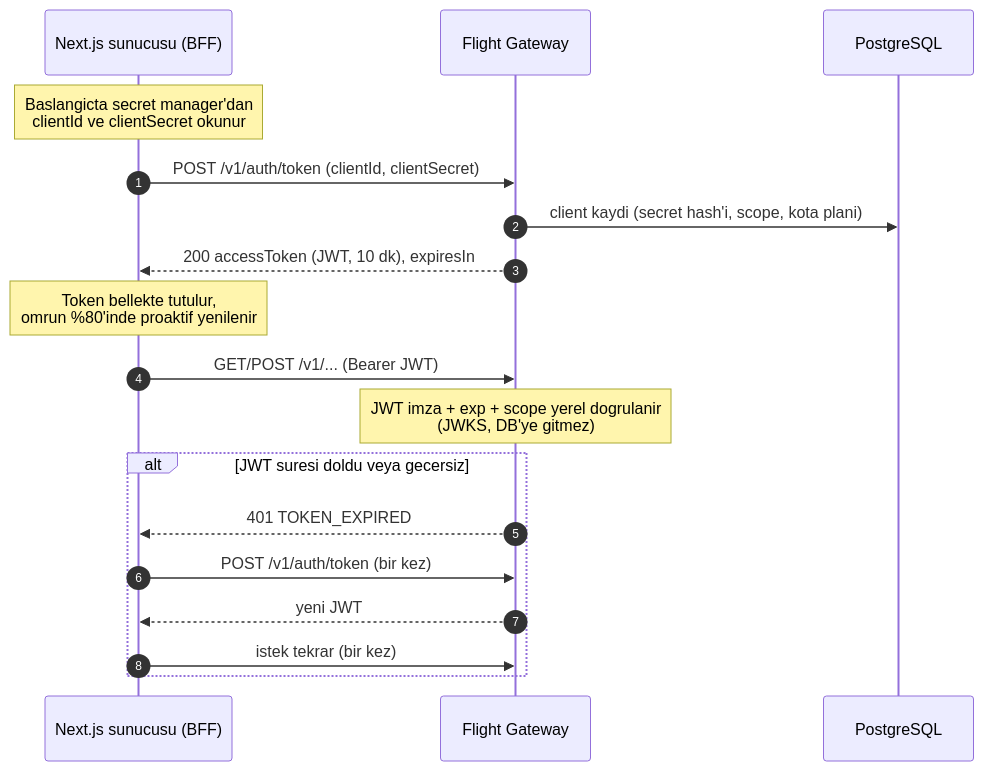
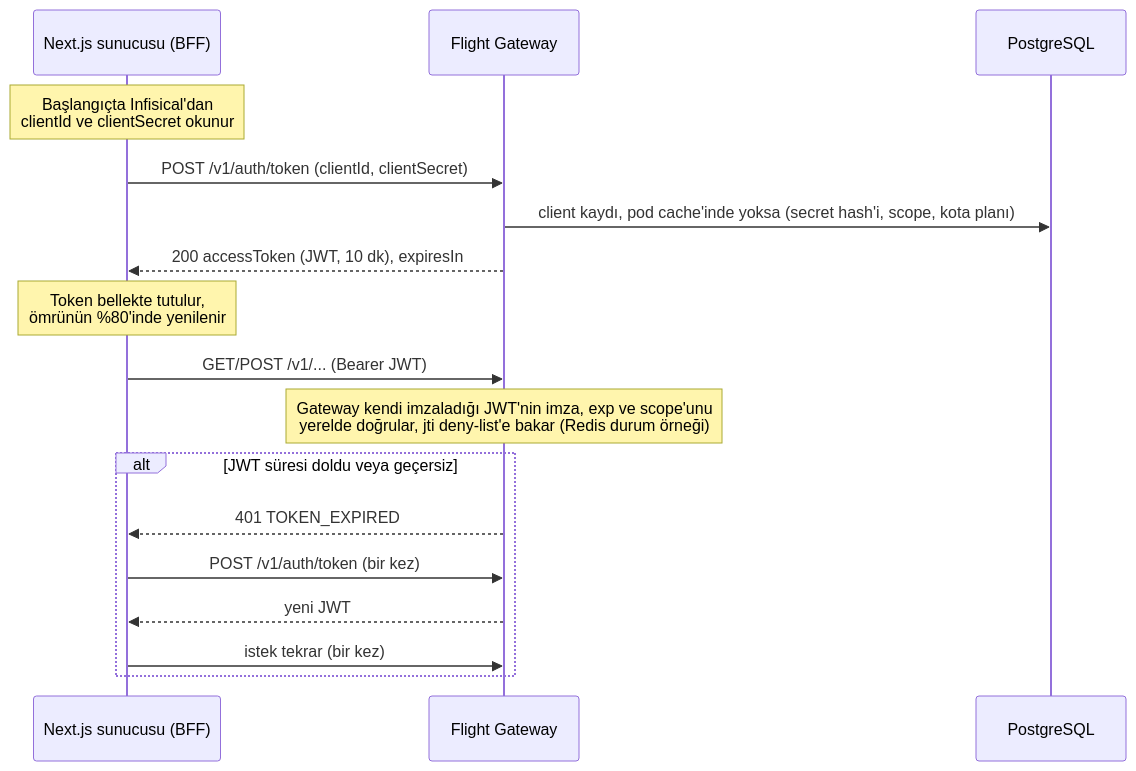
Before and after one commit to cihantaylan/tourvisio-mimari-plan: the third of 7 diagrams in README.md, drawn with Mermaid. The commit also changed other lines of this file and 41 other files, not shown here.

````diff
--- a/README.md
+++ b/README.md
@@ -196,21 +293,19 @@
 ```mermaid
 sequenceDiagram
-    autonumber
     participant N as Next.js sunucusu (BFF)
     participant G as Flight Gateway
     participant P as PostgreSQL
-
-    Note over N: Baslangicta secret manager'dan<br/>clientId ve clientSecret okunur
+    Note over N: Başlangıçta Infisical'dan<br/>clientId ve clientSecret okunur
     N->>G: POST /v1/auth/token (clientId, clientSecret)
-    G->>P: client kaydi (secret hash'i, scope, kota plani)
+    G->>P: client kaydı, pod cache'inde yoksa (secret hash'i, scope, kota planı)
     G-->>N: 200 accessToken (JWT, 10 dk), expiresIn
-    Note over N: Token bellekte tutulur,<br/>omrun %80'inde proaktif yenilenir
+    Note over N: Token bellekte tutulur,<br/>ömrünün %80'inde yenilenir
     N->>G: GET/POST /v1/... (Bearer JWT)
-    Note over G: JWT imza + exp + scope yerel dogrulanir<br/>(JWKS, DB'ye gitmez)
-    alt JWT suresi doldu veya gecersiz
+    Note over G: Gateway kendi imzaladığı JWT'nin imza, exp ve scope'unu<br/>yerelde doğrular, jti deny-list'e bakar (Redis durum örneği)
+    alt JWT süresi doldu veya geçersiz
       G-->>N: 401 TOKEN_EXPIRED
       N->>G: POST /v1/auth/token (bir kez)
       G-->>N: yeni JWT
       N->>G: istek tekrar (bir kez)
     end
 ```
````
